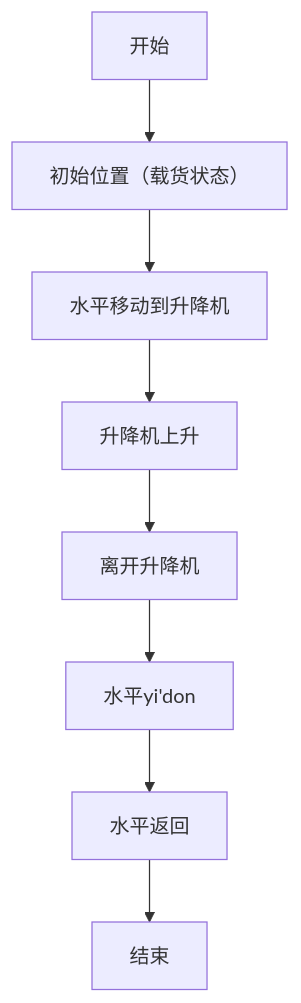
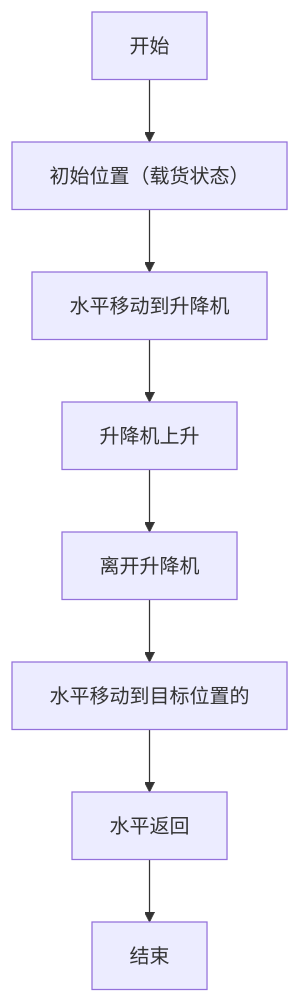
The diagram in all/未命名-1.md (Mrmilu212/iodraw-files), drawn with Mermaid before and after one commit.

Commit message:
2025-05-20 14:50:53 update

````diff
--- a/all/未命名-1.md
+++ b/all/未命名-1.md
@@ -1,10 +1,10 @@
 ```mermaid
 graph TD
     A[开始] --> B[初始位置（载货状态）]
     B --> C[水平移动到升降机]
     C --> D[升降机上升]
     D --> E[离开升降机]
-    E --> F[水平yi'don]
+    E --> F[水平移动到目标位置的]
     F --> G[水平返回]
     G --> H[结束]
 ```
````
